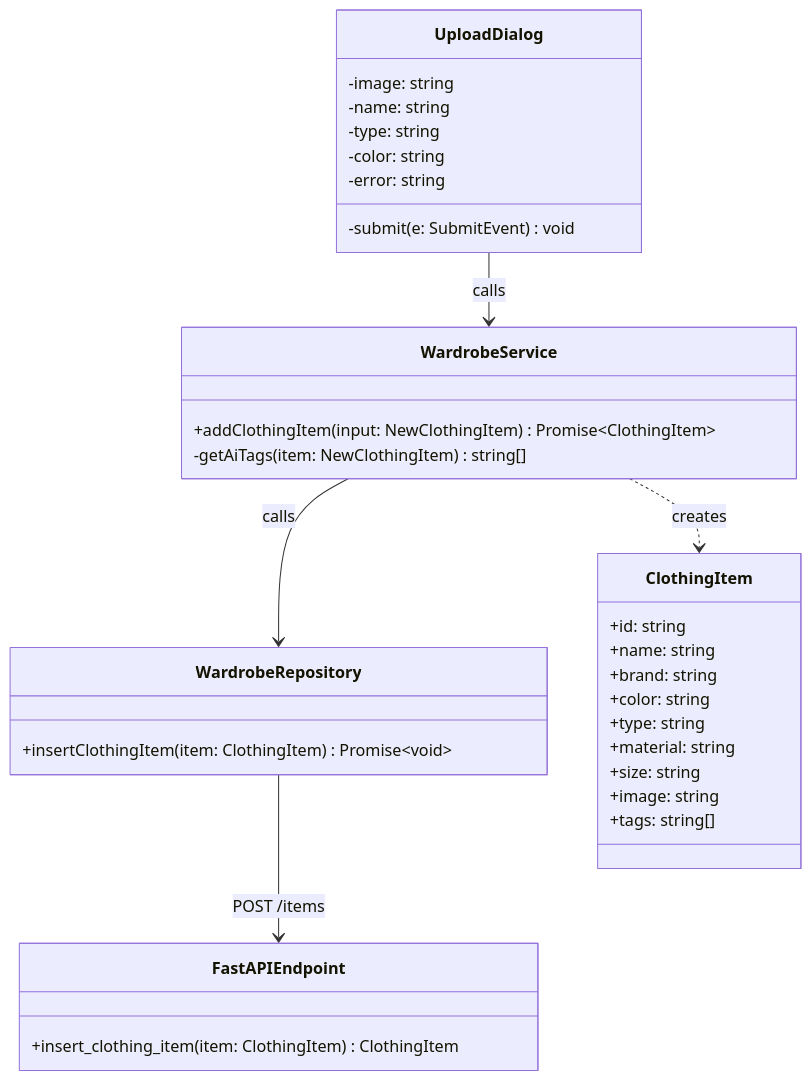
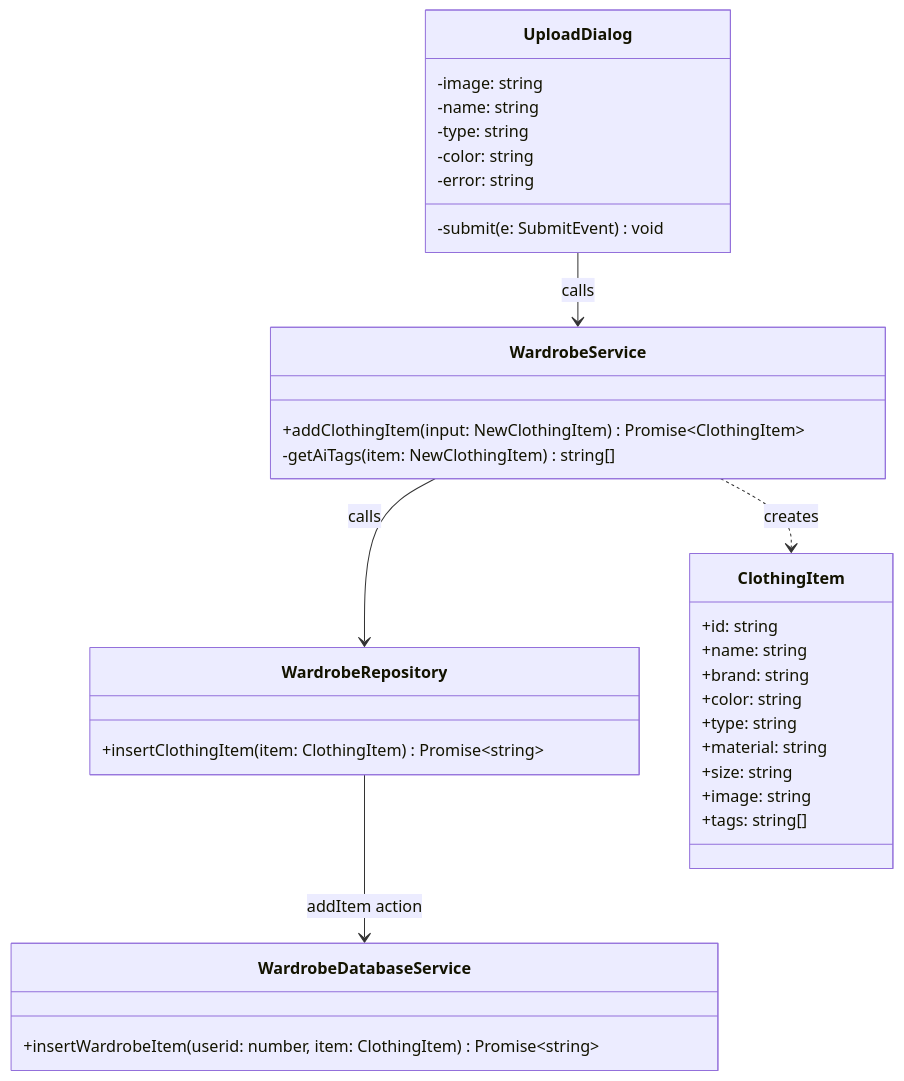
Before and after one commit to declanbuckley6218/stAIlistic: the second of 4 diagrams in docs/diagrams/add-button.md, drawn with Mermaid. The commit also changed other lines of this file and 8 other files, not shown here.

Commit message:
save uploaded items to the database

````diff
--- a/docs/diagrams/add-button.md
+++ b/docs/diagrams/add-button.md
@@ -23,36 +23,36 @@
 ```mermaid
 classDiagram
     class UploadDialog {
         -image: string
         -name: string
         -type: string
         -color: string
         -error: string
         -submit(e: SubmitEvent) void
     }
     class WardrobeService {
         +addClothingItem(input: NewClothingItem) Promise~ClothingItem~
         -getAiTags(item: NewClothingItem) string[]
     }
     class WardrobeRepository {
-        +insertClothingItem(item: ClothingItem) Promise~void~
+        +insertClothingItem(item: ClothingItem) Promise~string~
     }
-    class FastAPIEndpoint {
-        +insert_clothing_item(item: ClothingItem) ClothingItem
+    class WardrobeDatabaseService {
+        +insertWardrobeItem(userid: number, item: ClothingItem) Promise~string~
     }
     class ClothingItem {
         +id: string
         +name: string
         +brand: string
         +color: string
         +type: string
         +material: string
         +size: string
         +image: string
         +tags: string[]
     }
     UploadDialog --> WardrobeService : calls
     WardrobeService --> WardrobeRepository : calls
-    WardrobeRepository --> FastAPIEndpoint : POST /items
+    WardrobeRepository --> WardrobeDatabaseService : addItem action
     WardrobeService ..> ClothingItem : creates
 ```
````
